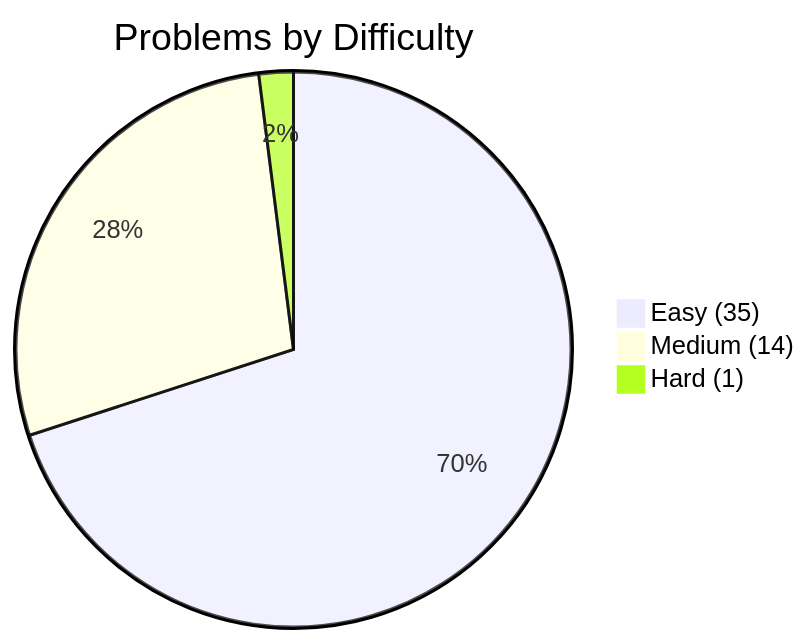
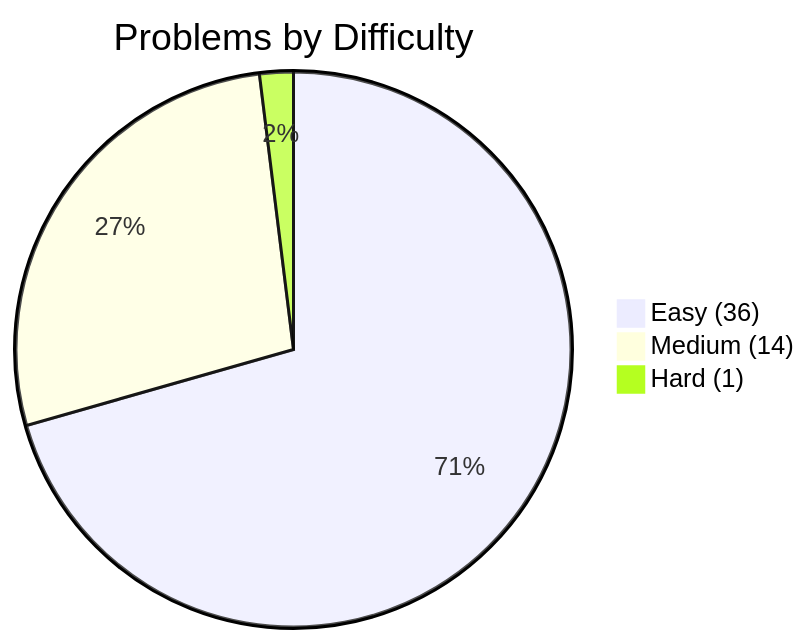
One commit to kanishk-procoder/leetcode-grind changed the first of 2 diagrams in PROGRESS.md. Above: the diagram before and after it, drawn with Mermaid. The commit also changed other lines of this file and 4 other files, not shown here.

````diff
--- a/PROGRESS.md
+++ b/PROGRESS.md
@@ -5,6 +5,6 @@
 ```mermaid
 pie title Problems by Difficulty
-    "Easy (35)" : 35
+    "Easy (36)" : 36
     "Medium (14)" : 14
     "Hard (1)" : 1
 ```
````
